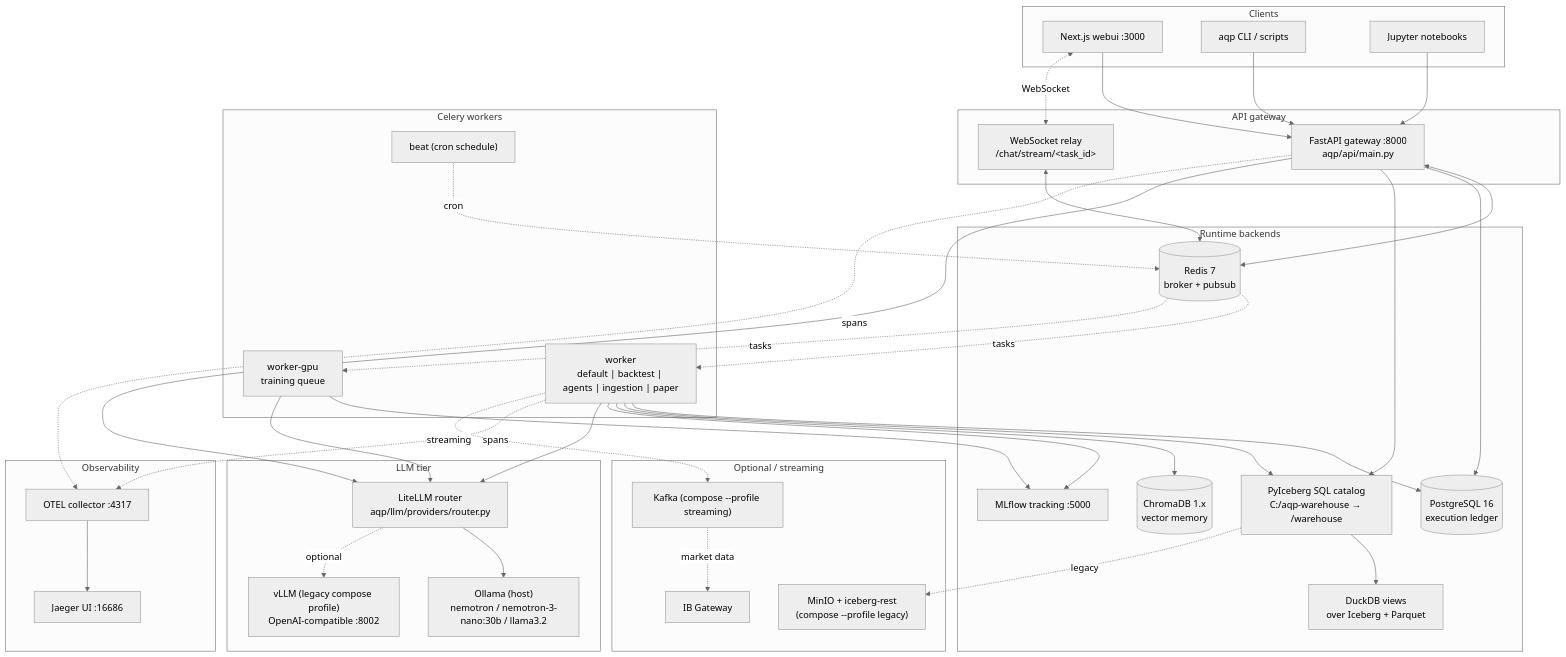
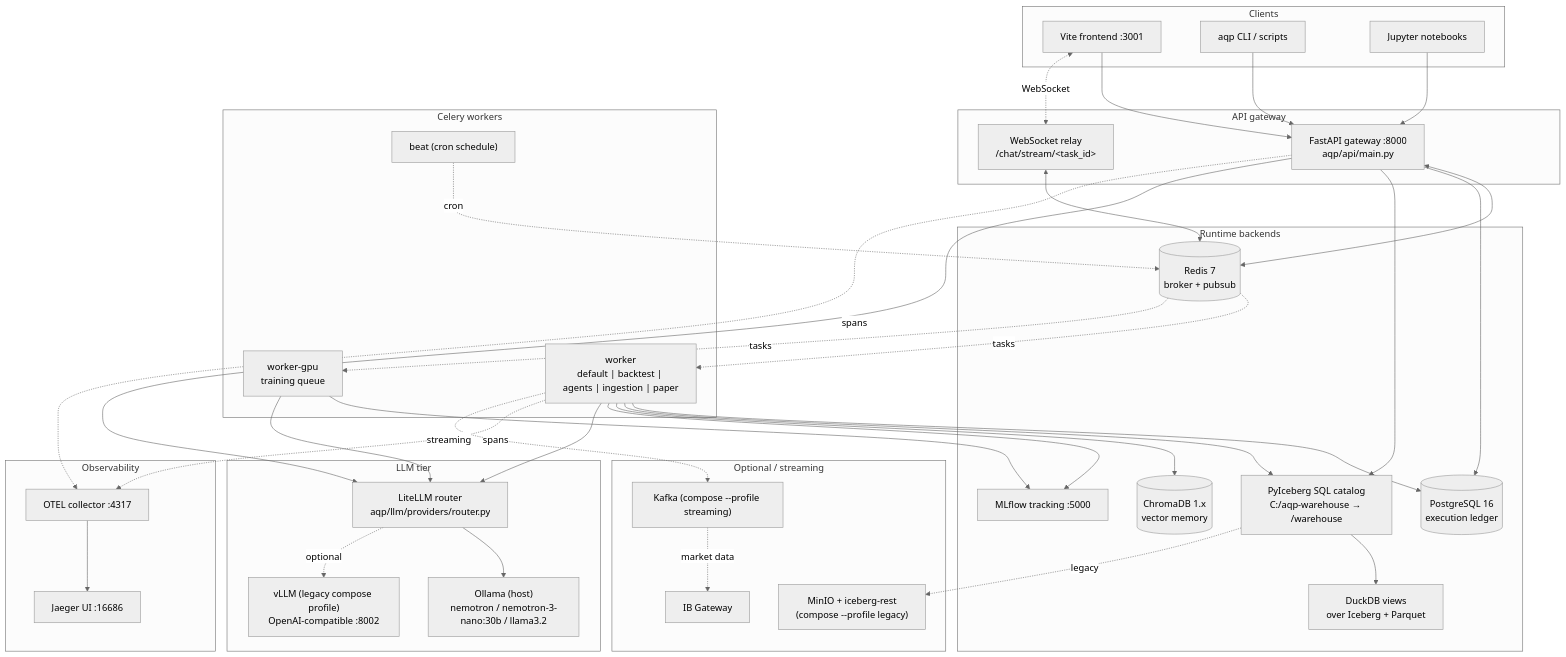
One commit to julianwileymac/agentic_quant_platform changed the first of 3 diagrams in docs/architecture.md. Above: the diagram before and after it, drawn with Mermaid (neutral theme). The commit also changed other lines of this file and 85 other files, not shown here.

````diff
--- a/docs/architecture.md
+++ b/docs/architecture.md
@@ -15,80 +19,80 @@
 ```mermaid
 flowchart TB
     subgraph clients [Clients]
-        Browser[Next.js webui :3000]
+        Browser[Vite frontend :3001]
         CLI[aqp CLI / scripts]
         Notebook[Jupyter notebooks]
     end
 
     subgraph api [API gateway]
         FastAPI["FastAPI gateway :8000<br/>aqp/api/main.py"]
         WS["WebSocket relay<br/>/chat/stream/&lt;task_id&gt;"]
     end
 
     subgraph workers [Celery workers]
         WorkerDefault["worker<br/>default | backtest | agents | ingestion | paper"]
         WorkerGPU["worker-gpu<br/>training queue"]
         Beat["beat (cron schedule)"]
     end
 
     subgraph runtime [Runtime backends]
         Redis[(Redis 7<br/>broker + pubsub)]
         Postgres[(PostgreSQL 16<br/>execution ledger)]
         Chroma[(ChromaDB 1.x<br/>vector memory)]
         MLflow["MLflow tracking :5000"]
         Iceberg["PyIceberg SQL catalog<br/>C:/aqp-warehouse → /warehouse"]
         DuckDB["DuckDB views<br/>over Iceberg + Parquet"]
     end
 
     subgraph llms [LLM tier]
         Ollama["Ollama (host)<br/>nemotron / nemotron-3-nano:30b / llama3.2"]
         vLLM["vLLM (legacy compose profile)<br/>OpenAI-compatible :8002"]
         LiteLLM["LiteLLM router<br/>aqp/llm/providers/router.py"]
     end
 
     subgraph observability [Observability]
         OTEL["OTEL collector :4317"]
         Jaeger["Jaeger UI :16686"]
     end
 
     subgraph optional [Optional / streaming]
         Kafka["Kafka (compose --profile streaming)"]
         IBKR["IB Gateway"]
         MinIO["MinIO + iceberg-rest<br/>(compose --profile legacy)"]
     end
 
     Browser --> FastAPI
     CLI --> FastAPI
     Notebook --> FastAPI
     FastAPI <--> Redis
     FastAPI --> Postgres
     FastAPI --> Iceberg
     FastAPI --> LiteLLM
     Browser <-.WebSocket.-> WS
     WS <--> Redis
 
     Redis -.tasks.-> WorkerDefault
     Redis -.tasks.-> WorkerGPU
     Beat -.cron.-> Redis
 
     WorkerDefault --> Postgres
     WorkerDefault --> Iceberg
     WorkerDefault --> Chroma
     WorkerDefault --> MLflow
     WorkerDefault --> LiteLLM
     WorkerGPU --> MLflow
     WorkerGPU --> LiteLLM
 
     LiteLLM --> Ollama
     LiteLLM -.optional.-> vLLM
 
     Iceberg --> DuckDB
 
     FastAPI -.spans.-> OTEL
     WorkerDefault -.spans.-> OTEL
     OTEL --> Jaeger
 
     WorkerDefault -.streaming.-> Kafka
     Kafka -.market data.-> IBKR
     Iceberg -.legacy.-> MinIO
 ```
````
